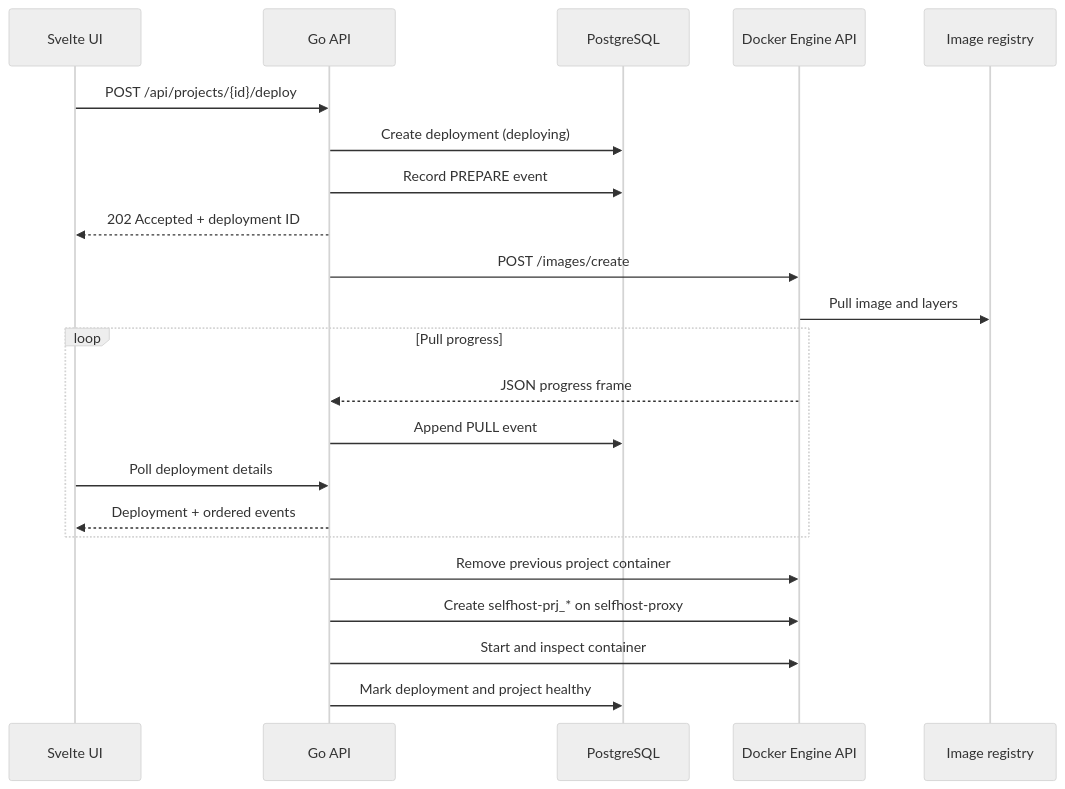
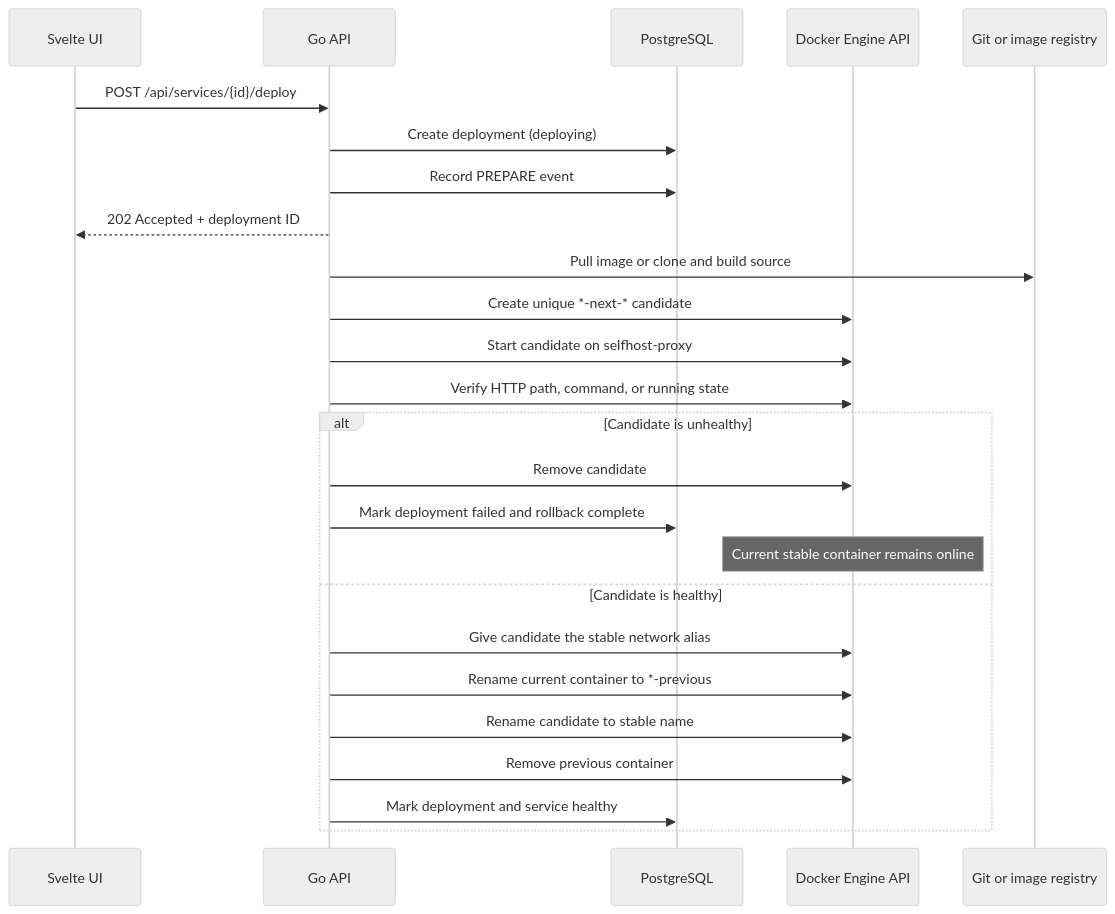
One commit to azayr/dokyr changed the fifth of 8 diagrams in docs/ARCHITECTURE.md. Above: the diagram before and after it, drawn with Mermaid (neutral theme). The commit also changed other lines of this file and 5 other files, not shown here.

````diff
--- a/docs/ARCHITECTURE.md
+++ b/docs/ARCHITECTURE.md
@@ -193,25 +193,28 @@
 ```mermaid
 sequenceDiagram
     participant UI as Svelte UI
     participant API as Go API
     participant DB as PostgreSQL
     participant Docker as Docker Engine API
-    participant Registry as Image registry
+    participant Source as Git or image registry
 
-    UI->>API: POST /api/projects/{id}/deploy
+    UI->>API: POST /api/services/{id}/deploy
     API->>DB: Create deployment (deploying)
     API->>DB: Record PREPARE event
     API-->>UI: 202 Accepted + deployment ID
-    API->>Docker: POST /images/create
-    Docker->>Registry: Pull image and layers
-    loop Pull progress
-        Docker-->>API: JSON progress frame
-        API->>DB: Append PULL event
-        UI->>API: Poll deployment details
-        API-->>UI: Deployment + ordered events
+    API->>Source: Pull image or clone and build source
+    API->>Docker: Create unique *-next-* candidate
+    API->>Docker: Start candidate on selfhost-proxy
+    API->>Docker: Verify HTTP path, command, or running state
+    alt Candidate is unhealthy
+        API->>Docker: Remove candidate
+        API->>DB: Mark deployment failed and rollback complete
+        Note over Docker: Current stable container remains online
+    else Candidate is healthy
+        API->>Docker: Give candidate the stable network alias
+        API->>Docker: Rename current container to *-previous
+        API->>Docker: Rename candidate to stable name
+        API->>Docker: Remove previous container
+        API->>DB: Mark deployment and service healthy
     end
-    API->>Docker: Remove previous project container
-    API->>Docker: Create selfhost-prj_* on selfhost-proxy
-    API->>Docker: Start and inspect container
-    API->>DB: Mark deployment and project healthy
 ```
````
